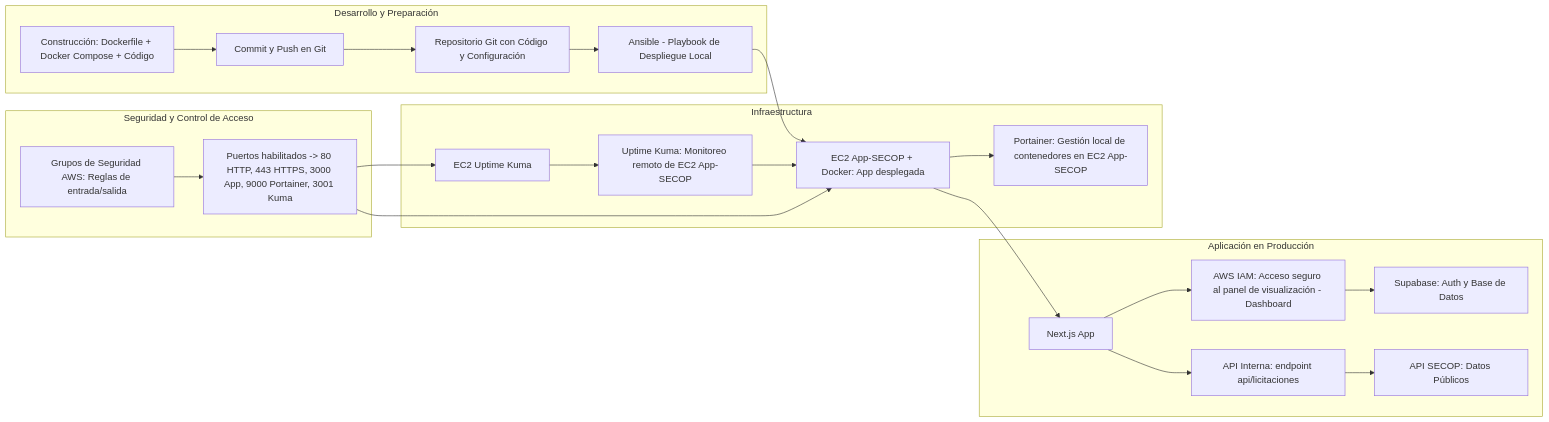
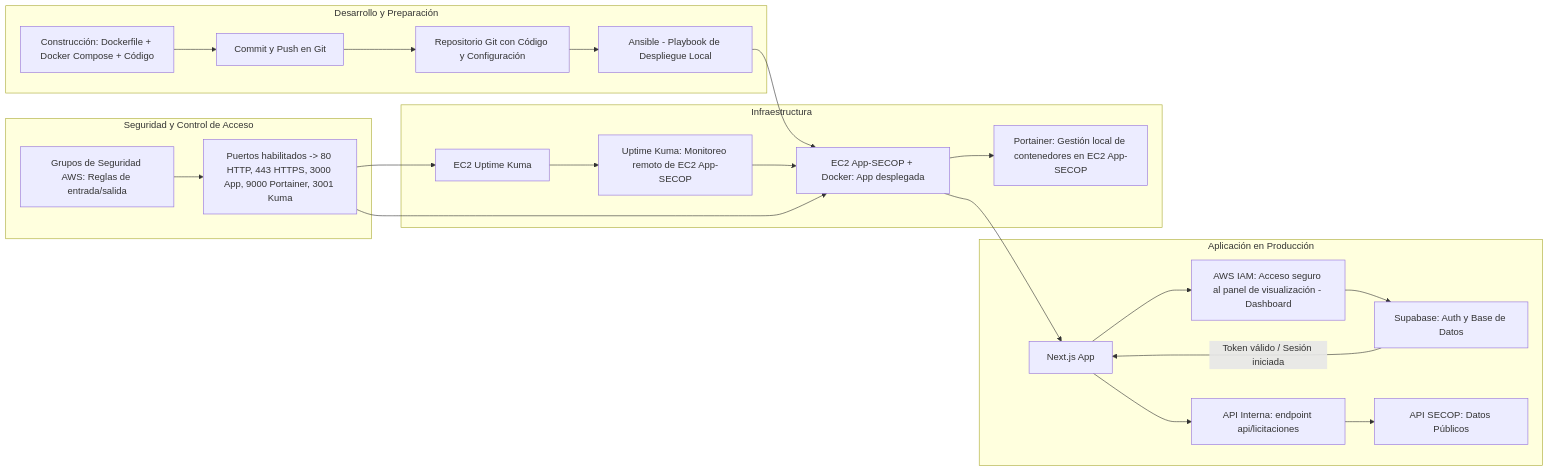
The diagram in README.md (Hmarquezrada/automated-deployment-with-ansible-iac-devops), drawn with Mermaid before and after one commit.

````diff
--- a/README.md
+++ b/README.md
@@ -37,54 +37,56 @@
 ```mermaid
 flowchart LR
     subgraph DEV[Desarrollo y Preparación]
         B1[Construcción: Dockerfile + Docker Compose + Código]
         X[Commit y Push en Git]
         E[Repositorio Git con Código y Configuración]
         F[Ansible - Playbook de Despliegue Local]
     end
 
     subgraph APP[Aplicación en Producción]
         A[Next.js App]
         D[API Interna: endpoint api/licitaciones]
         B[Supabase: Auth y Base de Datos]
         C["AWS IAM: Acceso seguro al panel de visualización - Dashboard"]
         S[API SECOP: Datos Públicos]
     end
 
     subgraph INFRA[Infraestructura]
         G[EC2 App-SECOP + Docker: App desplegada]
         PK[Portainer: Gestión local de contenedores en EC2 App-SECOP]
         UK[Uptime Kuma: Monitoreo remoto de EC2 App-SECOP]
         G2[EC2 Uptime Kuma]
     end
 
     subgraph SECURITY[Seguridad y Control de Acceso]
         SG[Grupos de Seguridad AWS: Reglas de entrada/salida]
         P[Puertos habilitados -> 80 HTTP, 443 HTTPS, 3000 App, 9000 Portainer, 3001 Kuma]
     end
 
     %% Flujo de construcción y despliegue
     B1 --> X
     X --> E
     E --> F
     F --> G
 
     %% Conexiones de la App
     G --> A
     A --> D
     D --> S
     A --> C
     C --> B
+    B -- "Token válido / Sesión iniciada" --> A
 
     %% Portainer local
     G --> PK
 
     %% Uptime Kuma en EC2 separada
     G2 --> UK
     UK --> G
 
     %% Seguridad
     SG --> P
     P --> G
     P --> G2
+
 ```
````
